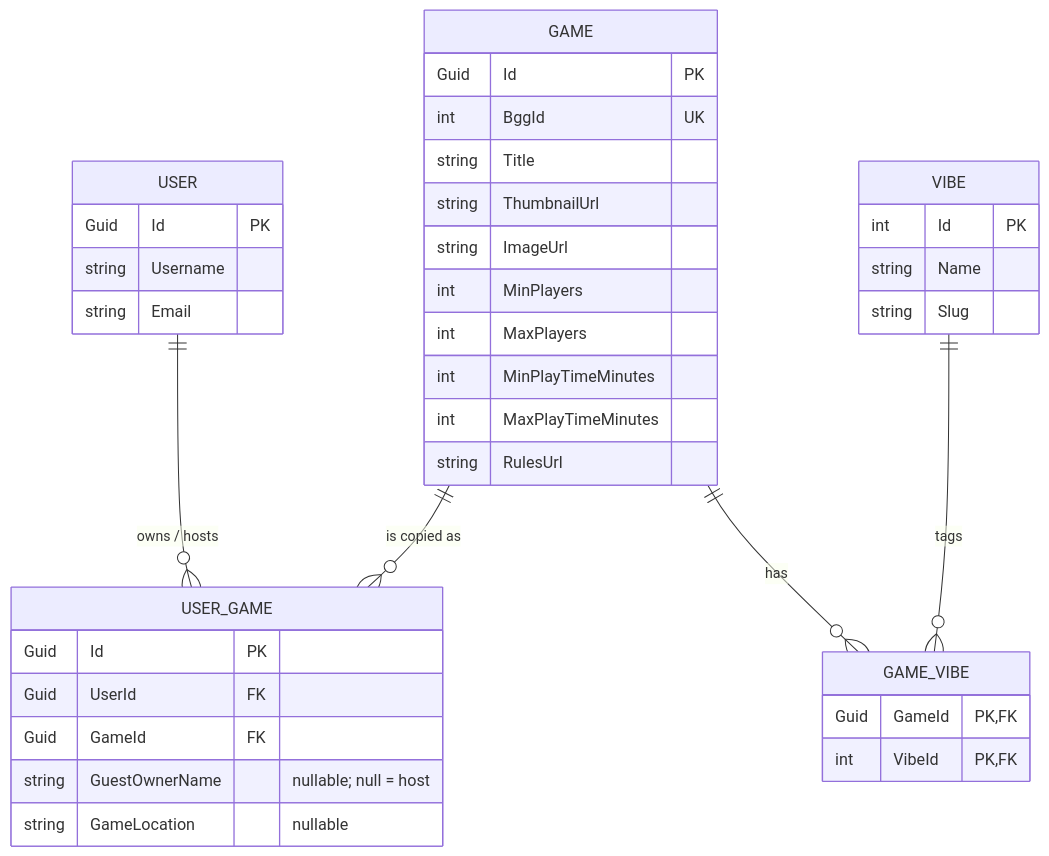
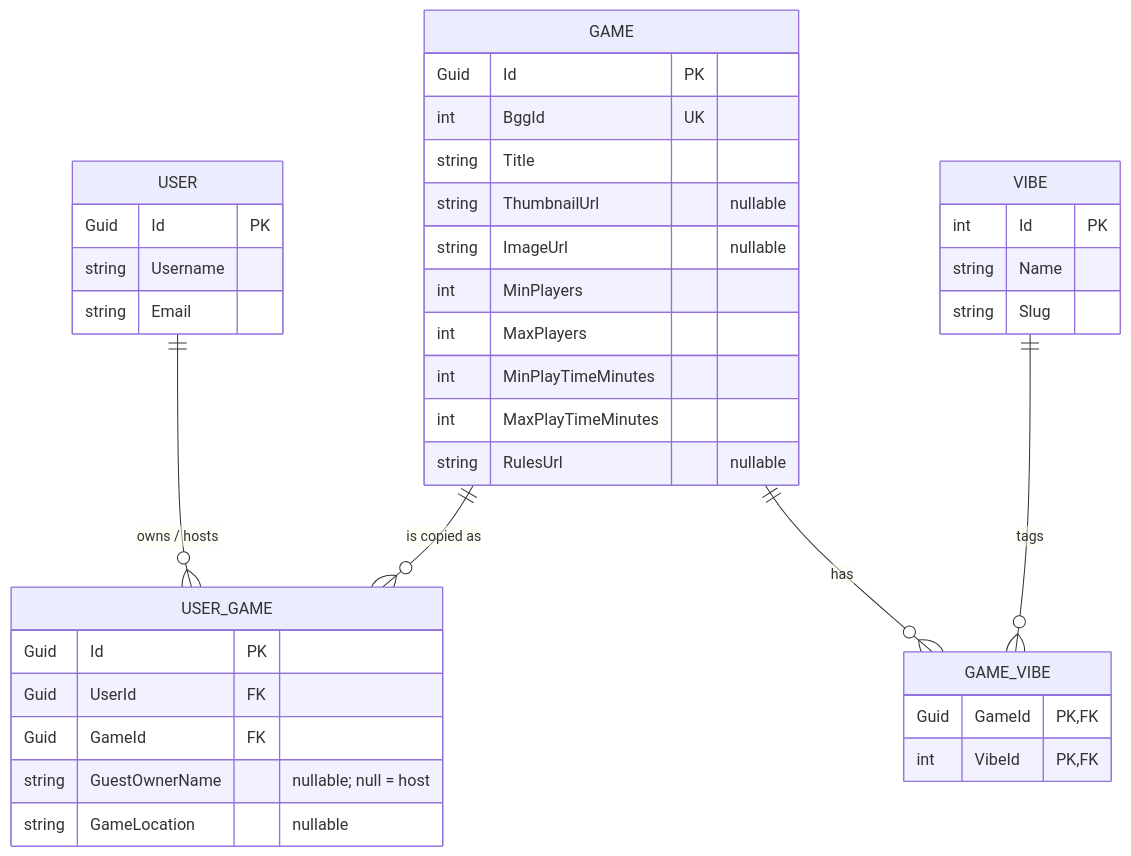
One commit to BrittBreugelmans/Geen_Gezever changed the first of 2 diagrams in .specify/memory/constitution.md. Above: the diagram before and after it, drawn with Mermaid. The commit also changed other lines of this file and 6 other files, not shown here.

````diff
--- a/.specify/memory/constitution.md
+++ b/.specify/memory/constitution.md
@@ -192,41 +157,41 @@
 ```mermaid
 erDiagram
     USER ||--o{ USER_GAME : "owns / hosts"
     GAME ||--o{ USER_GAME : "is copied as"
     GAME ||--o{ GAME_VIBE : "has"
     VIBE ||--o{ GAME_VIBE : "tags"
 
     USER {
         Guid Id PK
         string Username
         string Email
     }
     GAME {
         Guid Id PK
         int BggId UK
         string Title
-        string ThumbnailUrl
-        string ImageUrl
+        string ThumbnailUrl "nullable"
+        string ImageUrl "nullable"
         int MinPlayers
         int MaxPlayers
         int MinPlayTimeMinutes
         int MaxPlayTimeMinutes
-        string RulesUrl
+        string RulesUrl "nullable"
     }
     USER_GAME {
         Guid Id PK
         Guid UserId FK
         Guid GameId FK
         string GuestOwnerName "nullable; null = host"
         string GameLocation "nullable"
     }
     VIBE {
         int Id PK
         string Name
         string Slug
     }
     GAME_VIBE {
         Guid GameId PK, FK
         int VibeId PK, FK
     }
 ```
````
